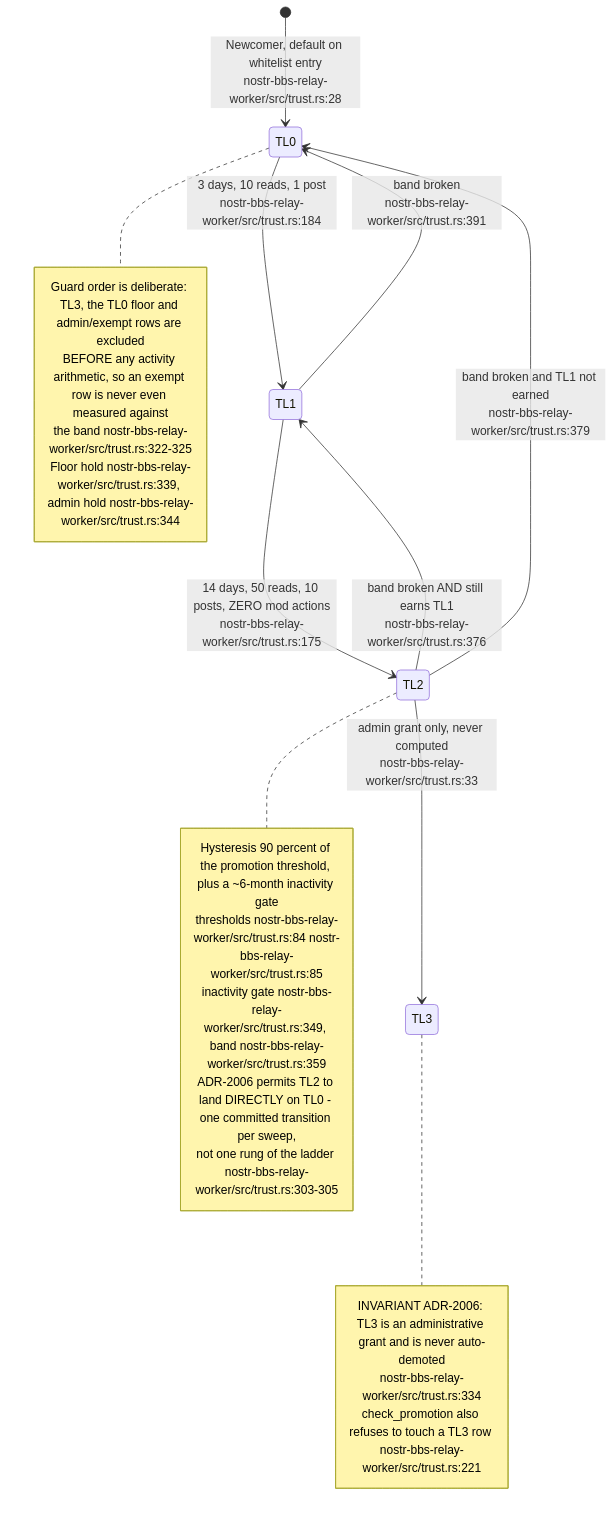
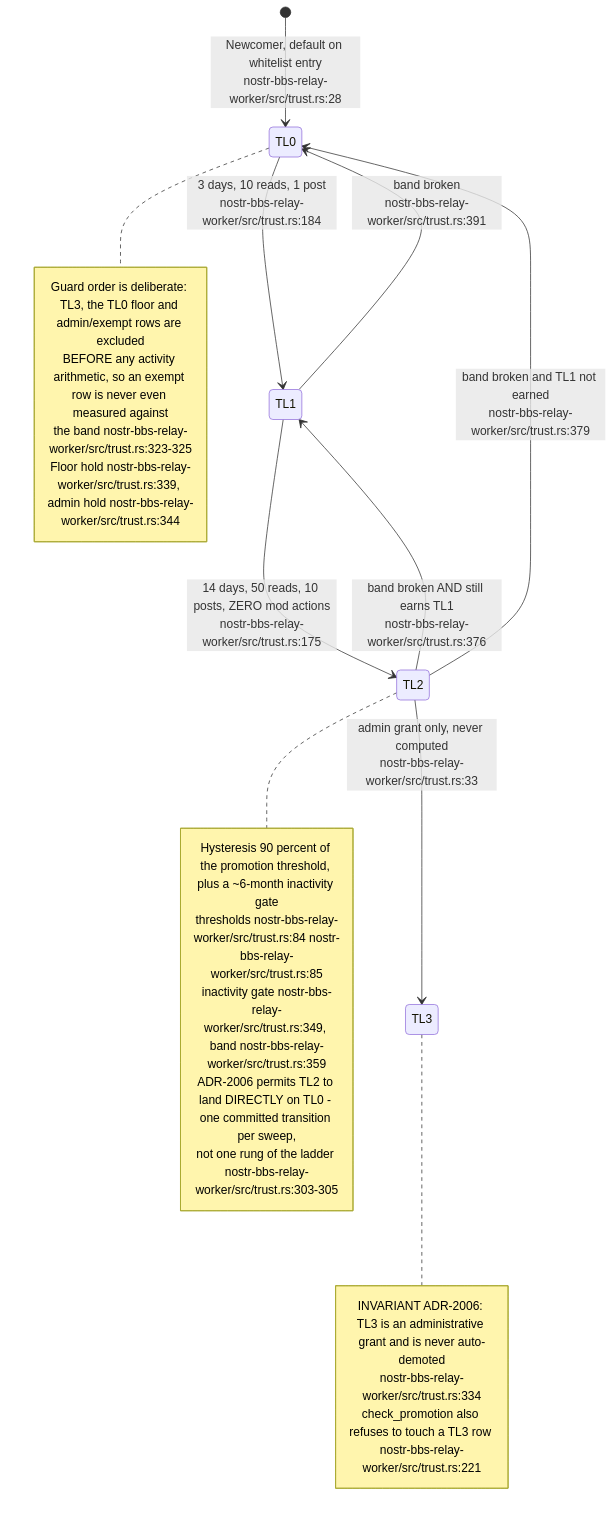
Before and after one commit to DreamLab-AI/VisionFlow: the eighth of 13 diagrams in docs/diagrams/nostr-rust-forum/03-relay-worker-admission-auth-and-trust.md, drawn with Mermaid. The commit also changed other lines of this file and 185 other files, not shown here.

Commit message:
docs(estate): reconcile diagrams and ADRs with source and define closeout sprint

````diff
--- a/docs/diagrams/nostr-rust-forum/03-relay-worker-admission-auth-and-trust.md
+++ b/docs/diagrams/nostr-rust-forum/03-relay-worker-admission-auth-and-trust.md
@@ -202,29 +203,29 @@
 ```mermaid
 stateDiagram-v2
     [*] --> TL0: Newcomer, default on whitelist entry<br/>nostr-bbs-relay-worker/src/trust.rs:28
     TL0 --> TL1: 3 days, 10 reads, 1 post<br/>nostr-bbs-relay-worker/src/trust.rs:184
     TL1 --> TL2: 14 days, 50 reads, 10 posts, ZERO mod actions<br/>nostr-bbs-relay-worker/src/trust.rs:175
     TL2 --> TL3: admin grant only, never computed<br/>nostr-bbs-relay-worker/src/trust.rs:33
     TL2 --> TL1: band broken AND still earns TL1<br/>nostr-bbs-relay-worker/src/trust.rs:376
     TL2 --> TL0: band broken and TL1 not earned<br/>nostr-bbs-relay-worker/src/trust.rs:379
     TL1 --> TL0: band broken<br/>nostr-bbs-relay-worker/src/trust.rs:391
 
     note right of TL3
         INVARIANT ADR-2006: TL3 is an administrative grant and is never auto-demoted
         nostr-bbs-relay-worker/src/trust.rs:334
         check_promotion also refuses to touch a TL3 row nostr-bbs-relay-worker/src/trust.rs:221
     end note
     note right of TL0
         Guard order is deliberate: TL3, the TL0 floor and admin/exempt rows are excluded
         BEFORE any activity arithmetic, so an exempt row is never even measured against
-        the band nostr-bbs-relay-worker/src/trust.rs:322-325
+        the band nostr-bbs-relay-worker/src/trust.rs:323-325
         Floor hold nostr-bbs-relay-worker/src/trust.rs:339, admin hold nostr-bbs-relay-worker/src/trust.rs:344
     end note
     note right of TL2
         Hysteresis 90 percent of the promotion threshold, plus a ~6-month inactivity gate
         thresholds nostr-bbs-relay-worker/src/trust.rs:84 nostr-bbs-relay-worker/src/trust.rs:85
         inactivity gate nostr-bbs-relay-worker/src/trust.rs:349, band nostr-bbs-relay-worker/src/trust.rs:359
         ADR-2006 permits TL2 to land DIRECTLY on TL0 - one committed transition per sweep,
         not one rung of the ladder nostr-bbs-relay-worker/src/trust.rs:303-305
     end note
 ```
````
